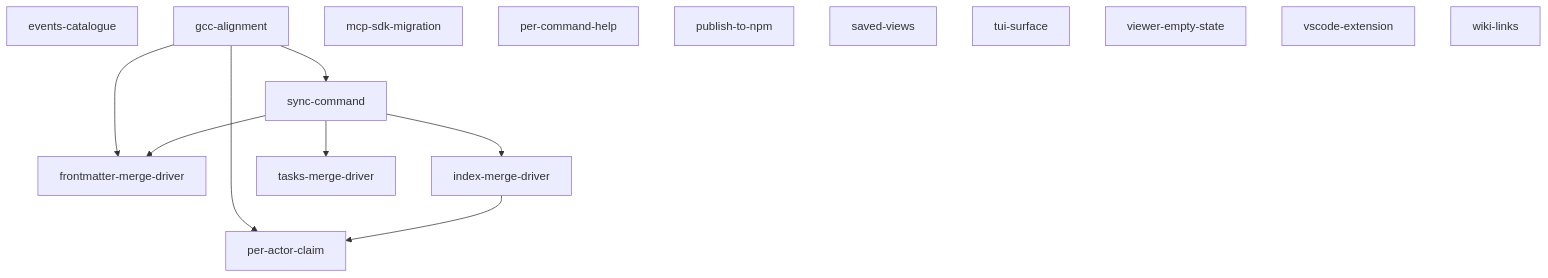
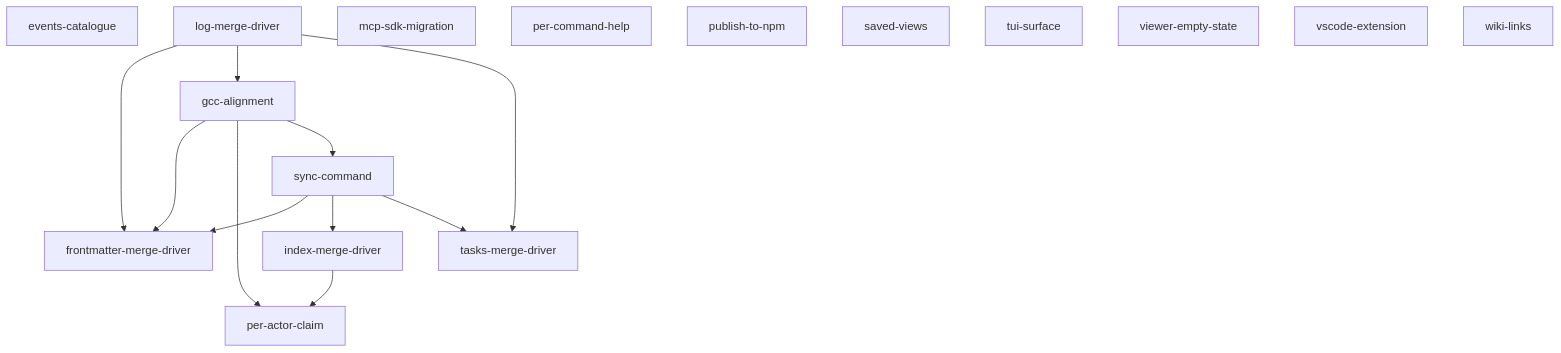
Before and after one commit to morrieinmaas/zettelgeist: the diagram in specs/INDEX.md, drawn with Mermaid. The commit also changed other lines of this file and 42 other files, not shown here.

````diff
--- a/specs/INDEX.md
+++ b/specs/INDEX.md
@@ -25,25 +26,29 @@
 ```mermaid
 graph TD
   events-catalogue
   frontmatter-merge-driver
   gcc-alignment
   index-merge-driver
+  log-merge-driver
   mcp-sdk-migration
   per-actor-claim
   per-command-help
   publish-to-npm
   saved-views
   sync-command
   tasks-merge-driver
   tui-surface
   viewer-empty-state
   vscode-extension
   wiki-links
   gcc-alignment --> frontmatter-merge-driver
   gcc-alignment --> per-actor-claim
   gcc-alignment --> sync-command
   index-merge-driver --> per-actor-claim
+  log-merge-driver --> frontmatter-merge-driver
+  log-merge-driver --> gcc-alignment
+  log-merge-driver --> tasks-merge-driver
   sync-command --> frontmatter-merge-driver
   sync-command --> index-merge-driver
   sync-command --> tasks-merge-driver
 ```
````
